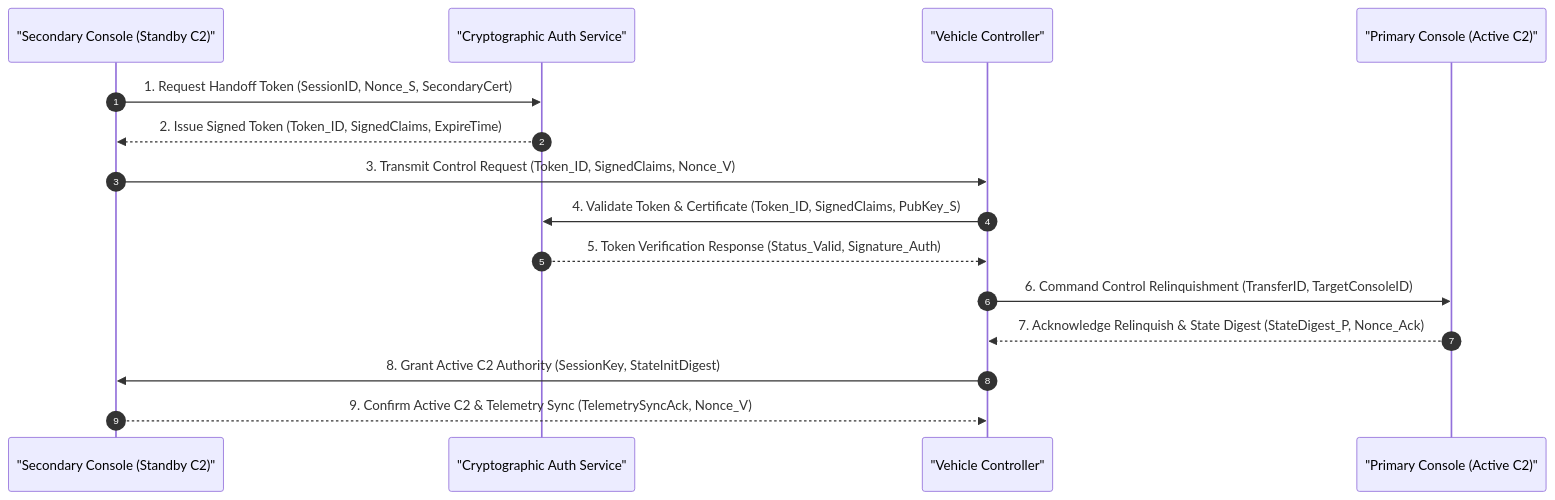
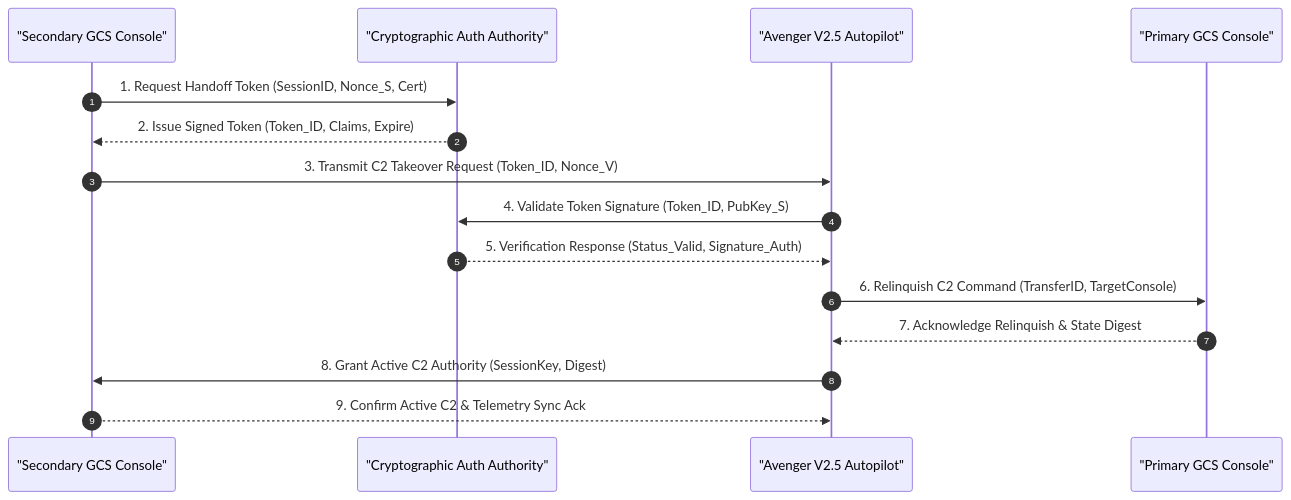
One commit to gintatkinson/uav-13 changed the first of 2 diagrams in docs/conops/units/conops/04_USER_CLASSES_AND_STAKEHOLDERS.md. Above: the diagram before and after it, drawn with Mermaid. The commit also changed other lines of this file and 260 other files, not shown here.

````diff
--- a/docs/conops/units/conops/04_USER_CLASSES_AND_STAKEHOLDERS.md
+++ b/docs/conops/units/conops/04_USER_CLASSES_AND_STAKEHOLDERS.md
@@ -117,18 +74,18 @@
 ```mermaid
 sequenceDiagram
     autonumber
-    participant SecondaryConsole as "Secondary Console (Standby C2)"
-    participant CryptographicAuthService as "Cryptographic Auth Service"
-    participant VehicleController as "Vehicle Controller"
-    participant PrimaryConsole as "Primary Console (Active C2)"
+    participant StandbyConsole as "Secondary GCS Console"
+    participant AuthServer as "Cryptographic Auth Authority"
+    participant UAVController as "Avenger V2.5 Autopilot"
+    participant ActiveConsole as "Primary GCS Console"
 
-    SecondaryConsole->>CryptographicAuthService: 1. Request Handoff Token (SessionID, Nonce_S, SecondaryCert)
-    CryptographicAuthService-->>SecondaryConsole: 2. Issue Signed Token (Token_ID, SignedClaims, ExpireTime)
-    SecondaryConsole->>VehicleController: 3. Transmit Control Request (Token_ID, SignedClaims, Nonce_V)
-    VehicleController->>CryptographicAuthService: 4. Validate Token & Certificate (Token_ID, SignedClaims, PubKey_S)
-    CryptographicAuthService-->>VehicleController: 5. Token Verification Response (Status_Valid, Signature_Auth)
-    VehicleController->>PrimaryConsole: 6. Command Control Relinquishment (TransferID, TargetConsoleID)
-    PrimaryConsole-->>VehicleController: 7. Acknowledge Relinquish & State Digest (StateDigest_P, Nonce_Ack)
-    VehicleController->>SecondaryConsole: 8. Grant Active C2 Authority (SessionKey, StateInitDigest)
-    SecondaryConsole-->>VehicleController: 9. Confirm Active C2 & Telemetry Sync (TelemetrySyncAck, Nonce_V)
+    StandbyConsole->>AuthServer: 1. Request Handoff Token (SessionID, Nonce_S, Cert)
+    AuthServer-->>StandbyConsole: 2. Issue Signed Token (Token_ID, Claims, Expire)
+    StandbyConsole->>UAVController: 3. Transmit C2 Takeover Request (Token_ID, Nonce_V)
+    UAVController->>AuthServer: 4. Validate Token Signature (Token_ID, PubKey_S)
+    AuthServer-->>UAVController: 5. Verification Response (Status_Valid, Signature_Auth)
+    UAVController->>ActiveConsole: 6. Relinquish C2 Command (TransferID, TargetConsole)
+    ActiveConsole-->>UAVController: 7. Acknowledge Relinquish & State Digest
+    UAVController->>StandbyConsole: 8. Grant Active C2 Authority (SessionKey, Digest)
+    StandbyConsole-->>UAVController: 9. Confirm Active C2 & Telemetry Sync Ack
 ```
````
